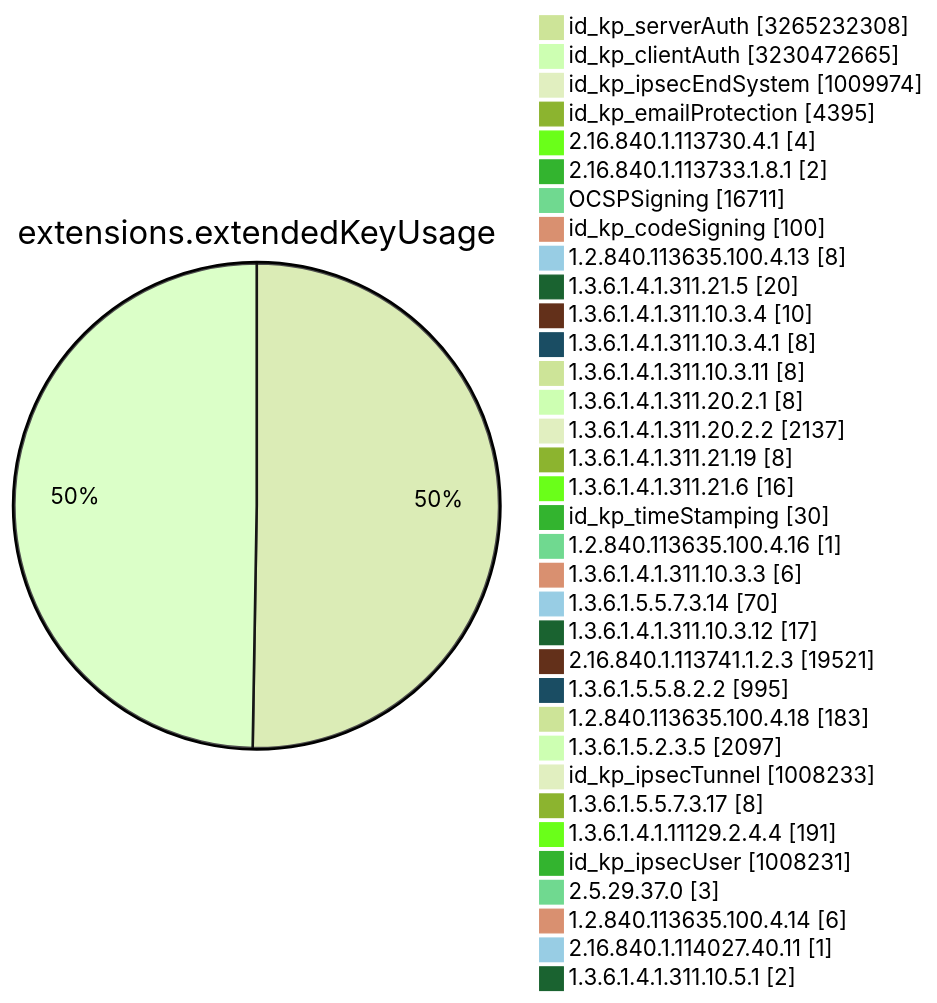
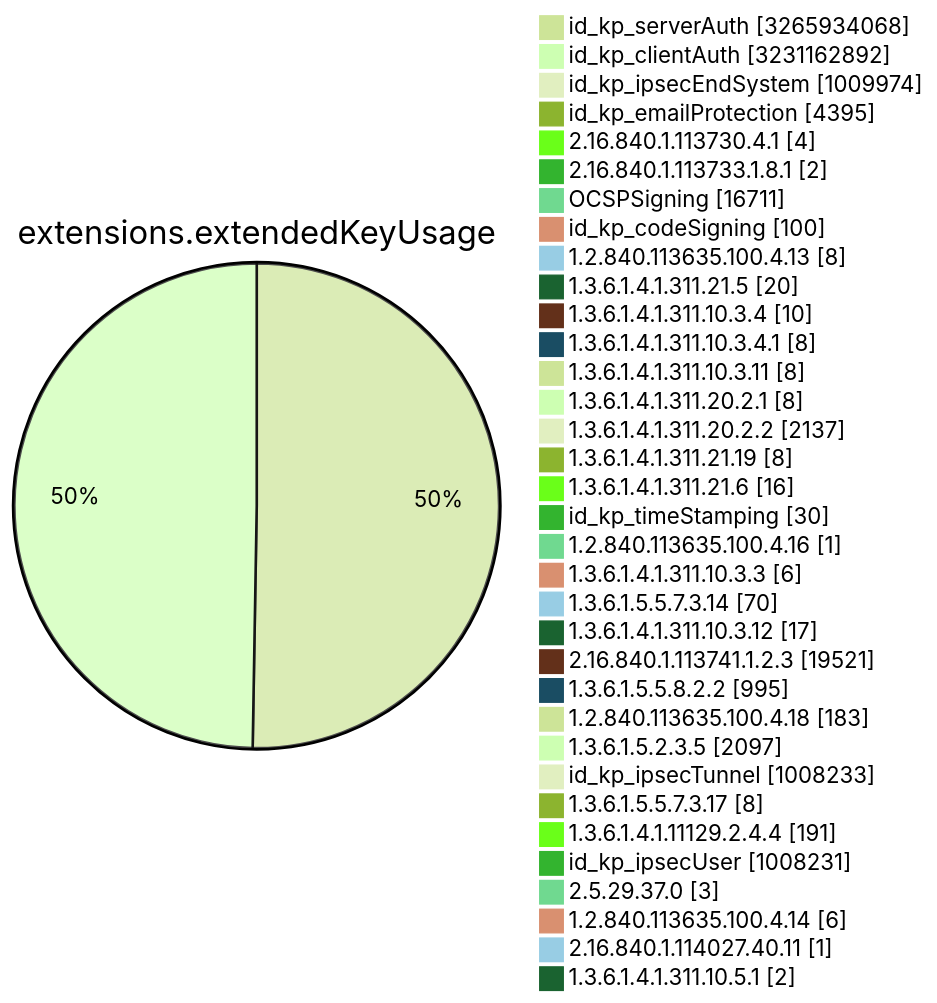
Before and after one commit to christiankrug/ctmonitor_visualization: diagram 11 of 15 in TOTAL/README.md, drawn with Mermaid (forest theme). The commit also changed other lines of this file, not shown here.

````diff
--- a/TOTAL/README.md
+++ b/TOTAL/README.md
@@ -4119,38 +4119,38 @@
 ```mermaid
 pie showData
 title extensions.extendedKeyUsage
-"id_kp_serverAuth" :3265232308
-"id_kp_clientAuth" :3230472665
+"id_kp_serverAuth" :3265934068
+"id_kp_clientAuth" :3231162892
 "id_kp_ipsecEndSystem" :1009974
 "id_kp_emailProtection" :4395
 "2.16.840.1.113730.4.1" :4
 "2.16.840.1.113733.1.8.1" :2
 "OCSPSigning" :16711
 "id_kp_codeSigning" :100
 "1.2.840.113635.100.4.13" :8
 "1.3.6.1.4.1.311.21.5" :20
 "1.3.6.1.4.1.311.10.3.4" :10
 "1.3.6.1.4.1.311.10.3.4.1" :8
 "1.3.6.1.4.1.311.10.3.11" :8
 "1.3.6.1.4.1.311.20.2.1" :8
 "1.3.6.1.4.1.311.20.2.2" :2137
 "1.3.6.1.4.1.311.21.19" :8
 "1.3.6.1.4.1.311.21.6" :16
 "id_kp_timeStamping" :30
 "1.2.840.113635.100.4.16" :1
 "1.3.6.1.4.1.311.10.3.3" :6
 "1.3.6.1.5.5.7.3.14" :70
 "1.3.6.1.4.1.311.10.3.12" :17
 "2.16.840.1.113741.1.2.3" :19521
 "1.3.6.1.5.5.8.2.2" :995
 "1.2.840.113635.100.4.18" :183
 "1.3.6.1.5.2.3.5" :2097
 "id_kp_ipsecTunnel" :1008233
 "1.3.6.1.5.5.7.3.17" :8
 "1.3.6.1.4.1.11129.2.4.4" :191
 "id_kp_ipsecUser" :1008231
 "2.5.29.37.0" :3
 "1.2.840.113635.100.4.14" :6
 "2.16.840.1.114027.40.11" :1
 "1.3.6.1.4.1.311.10.5.1" :2
 ```
````
